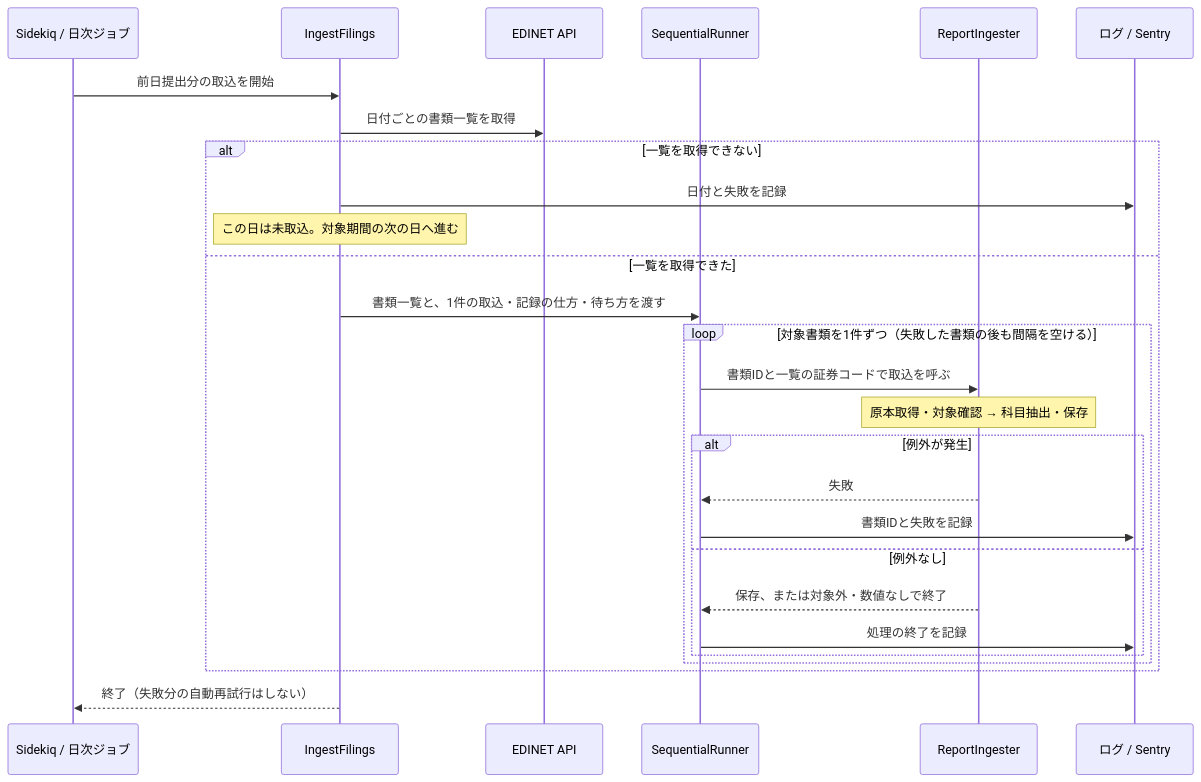
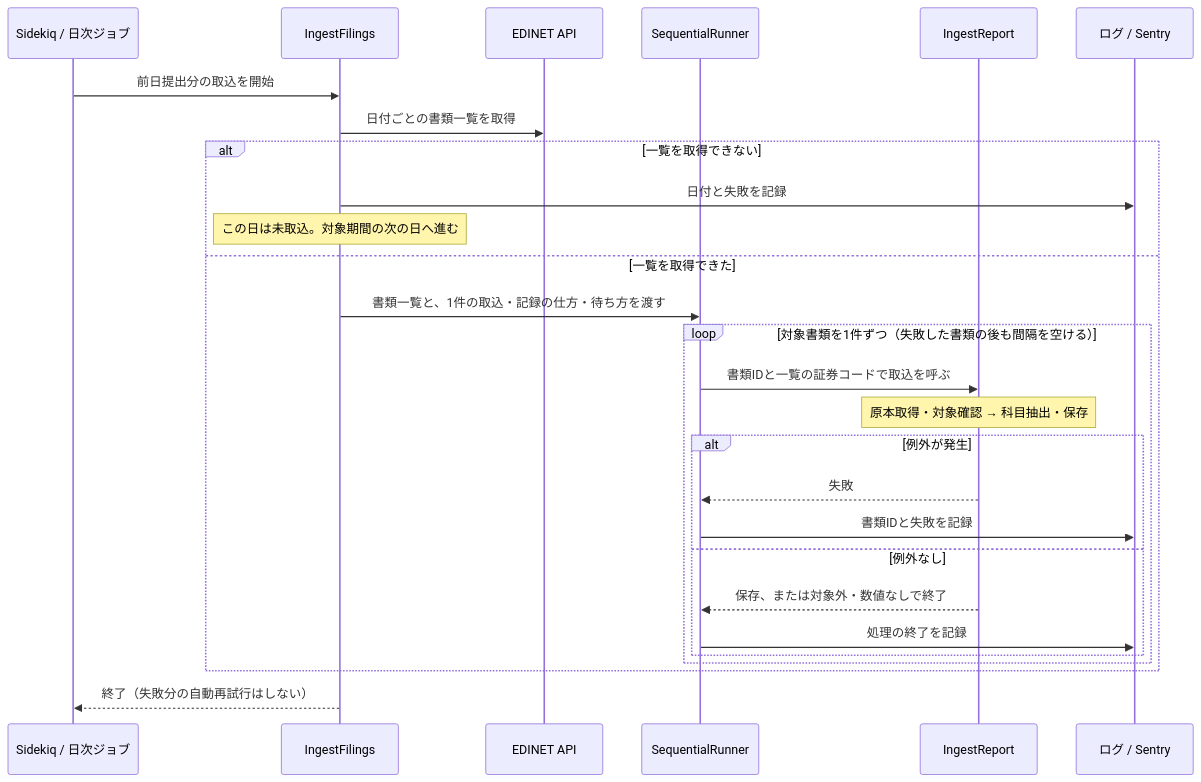
Before and after one commit to shin4488/financial-statement: the second of 3 diagrams in docs/guide/04_system.md, drawn with Mermaid. The commit also changed 19 other files, not shown here.

````diff
--- a/docs/guide/04_system.md
+++ b/docs/guide/04_system.md
@@ -37,29 +37,29 @@
 ```mermaid
 sequenceDiagram
     participant J as Sidekiq / 日次ジョブ
     participant F as IngestFilings
     participant E as EDINET API
     participant R as SequentialRunner
-    participant I as ReportIngester
+    participant I as IngestReport
     participant M as ログ / Sentry
     J->>F: 前日提出分の取込を開始
     F->>E: 日付ごとの書類一覧を取得
     alt 一覧を取得できない
         F->>M: 日付と失敗を記録
         Note over F: この日は未取込。対象期間の次の日へ進む
     else 一覧を取得できた
         F->>R: 書類一覧と、1件の取込・記録の仕方・待ち方を渡す
         loop 対象書類を1件ずつ（失敗した書類の後も間隔を空ける）
             R->>I: 書類IDと一覧の証券コードで取込を呼ぶ
             Note over I: 原本取得・対象確認 → 科目抽出・保存
             alt 例外が発生
                 I-->>R: 失敗
                 R->>M: 書類IDと失敗を記録
             else 例外なし
                 I-->>R: 保存、または対象外・数値なしで終了
                 R->>M: 処理の終了を記録
             end
         end
     end
     F-->>J: 終了（失敗分の自動再試行はしない）
 ```
````
